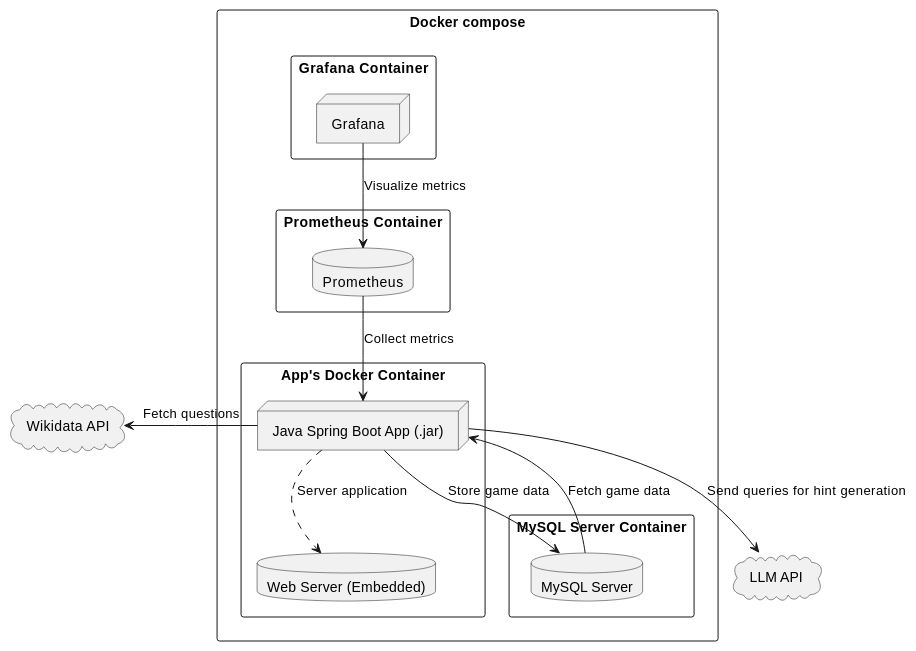
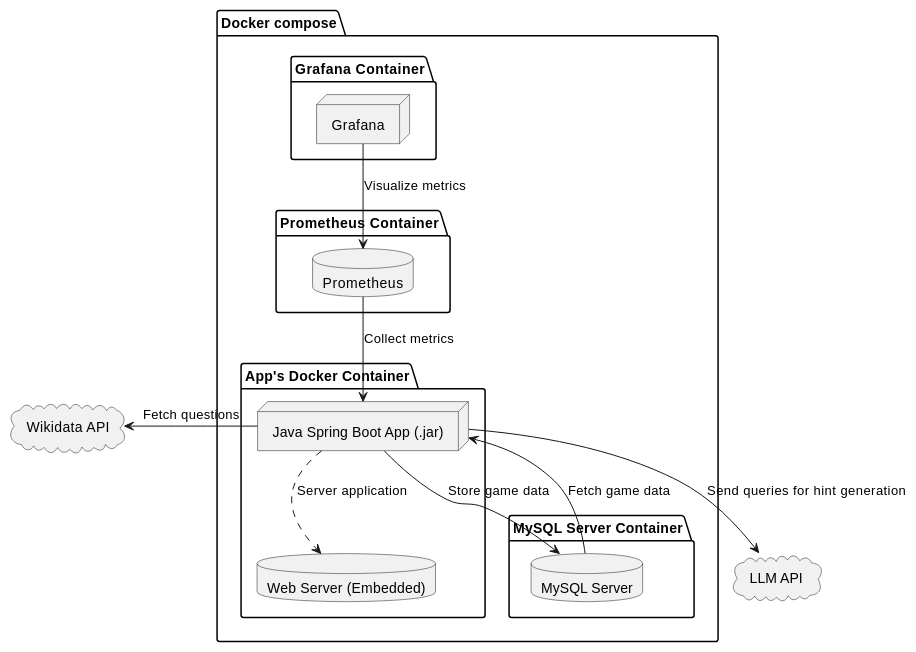
Before and after one commit to Arquisoft/wichat_es4b: the diagram in docs/src/07_deployment_view.adoc, drawn with PlantUML. The commit also changed other lines of this file and 1 other file, not shown here.

Commit message:
Documentación 7 probar si ahora se detecta la version de graphviz en el deploy de github-pages.

```diff
--- a/docs/src/07_deployment_view.adoc
+++ b/docs/src/07_deployment_view.adoc
@@ -57,35 +59,35 @@
 [plantuml,"Docker Container Setup",png]
 ----
 @startuml
-rectangle "Docker compose" {
-    rectangle "App's Docker Container"  {
+package "Docker compose" {
+    package "App's Docker Container" {
         node "Java Spring Boot App (.jar)" as App
         database "Web Server (Embedded)" as WebServer
     }
 
-    rectangle "MySQL Server Container" {
+    package "MySQL Server Container" {
         database "MySQL Server" as MySQL
     }
 
-    rectangle "Prometheus Container" {
+    package "Prometheus Container" {
         database "Prometheus" as Prometheus
     }
 
-    rectangle "Grafana Container" {
+    package "Grafana Container" {
         node "Grafana" as Grafana
     }
+}
 
-}
 cloud "LLM API" as LLM
 cloud "Wikidata API" as API
-
 
 App --> MySQL : Store game data
 MySQL --> App : Fetch game data
 App -left-> API : Fetch questions
 App --> LLM : Send queries for hint generation
 App ..> WebServer : Server application
 Prometheus --> App : Collect metrics
 Grafana --> Prometheus : Visualize metrics
 @enduml
+
 ----
```
